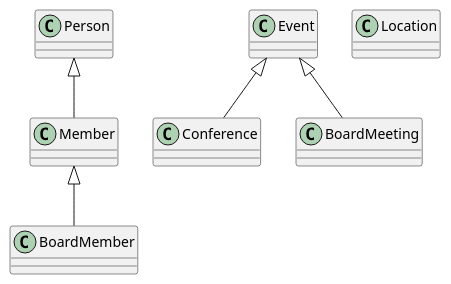
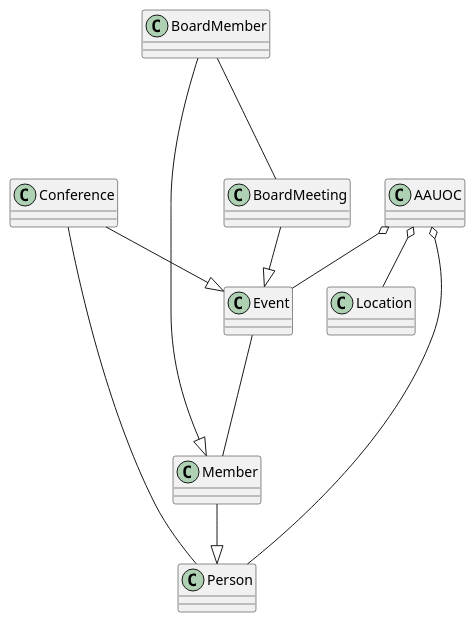
The diagram in src/UMLClasesUOC.puml (AlbertBeto/UMLClasesAlbertPB), drawn with PlantUML before and after one commit. The commit also changed 1 other file, not shown here.

```diff
--- a/src/UMLClasesUOC.puml
+++ b/src/UMLClasesUOC.puml
@@ -1,26 +1,39 @@
 @startuml
 'https://plantuml.com/class-diagram
 
 class Member {
 }
 class BoardMember {
 }
 class Event {
 }
 class Conference {
 }
 class BoardMeeting {
 }
 class Location {
 }
 class Person {
 }
+class AAUOC {
+}
 
-Event <|-- Conference
-Event <|-- BoardMeeting
+AAUOC o-- Location
+AAUOC o-- Event
+AAUOC o-- Person
 
-Person <|-- Member
 
-Member <|-- BoardMember
+BoardMeeting --|> Event
+
+Event --- Member
+
+Member --|> Person
+
+BoardMember --|> Member
+
+BoardMember --- BoardMeeting
+
+Conference --|> Event
+Conference --- Person
 
 @enduml
```
